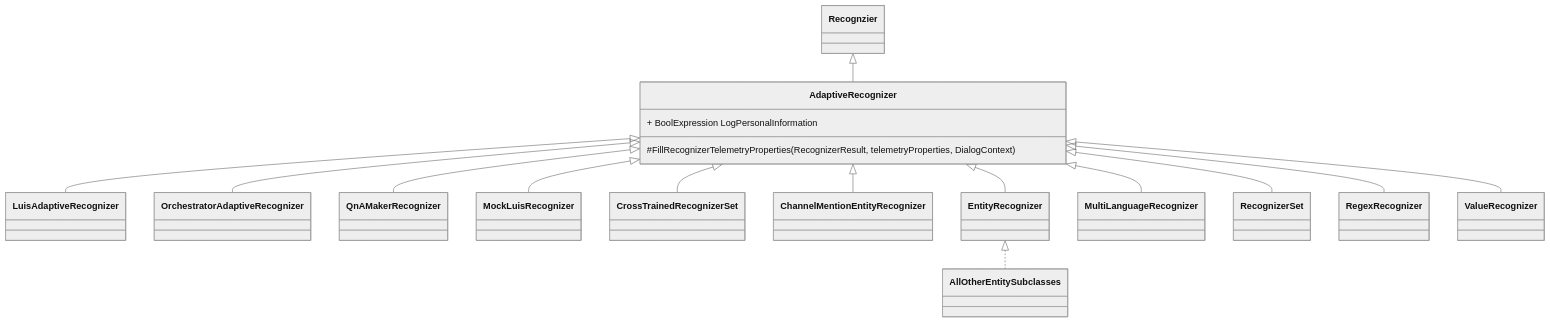
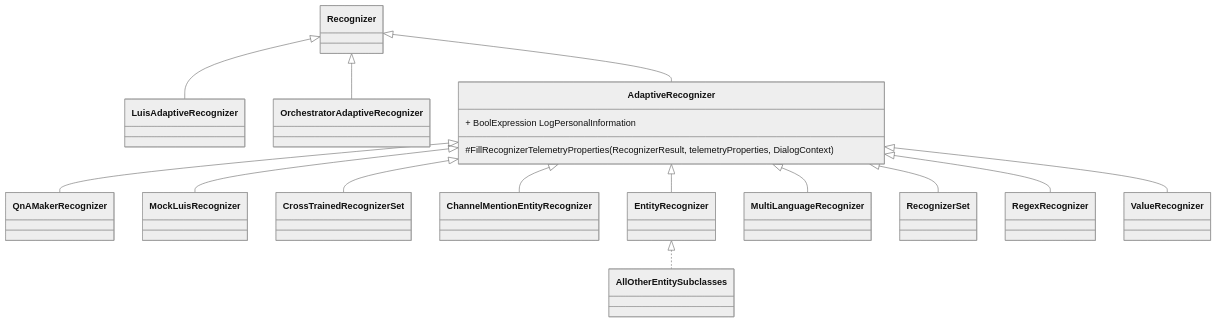
One commit to Zerryth/Mermaid changed the third of 4 diagrams in Recognizers/Markdown/logpii-solution-design.md. Above: the diagram before and after it, drawn with Mermaid (neutral theme). The commit also changed 1 other file, not shown here.

Commit message:
Updated AdaptiveRecognizer class diagram; Luis & QnA recognizers derive from Recognizer

````diff
--- a/Recognizers/Markdown/logpii-solution-design.md
+++ b/Recognizers/Markdown/logpii-solution-design.md
@@ -143,22 +143,22 @@
 ```mermaid
 classDiagram
-    Recognzier <|-- AdaptiveRecognizer
-    AdaptiveRecognizer <|-- LuisAdaptiveRecognizer
-    AdaptiveRecognizer <|-- OrchestratorAdaptiveRecognizer
+    Recognizer <|-- LuisAdaptiveRecognizer
+    Recognizer <|-- OrchestratorAdaptiveRecognizer
+    Recognizer <|-- AdaptiveRecognizer
     AdaptiveRecognizer <|-- QnAMakerRecognizer
     AdaptiveRecognizer <|-- MockLuisRecognizer
     AdaptiveRecognizer <|-- CrossTrainedRecognizerSet
     AdaptiveRecognizer <|-- ChannelMentionEntityRecognizer
     AdaptiveRecognizer <|-- EntityRecognizer
     EntityRecognizer <|.. AllOtherEntitySubclasses
     AdaptiveRecognizer <|-- MultiLanguageRecognizer
     AdaptiveRecognizer <|-- RecognizerSet
     AdaptiveRecognizer <|-- RegexRecognizer
     AdaptiveRecognizer <|-- ValueRecognizer
 
     class AdaptiveRecognizer {
         + BoolExpression LogPersonalInformation
         
         #FillRecognizerTelemetryProperties(RecognizerResult, telemetryProperties, DialogContext)
     }
 ```
````
